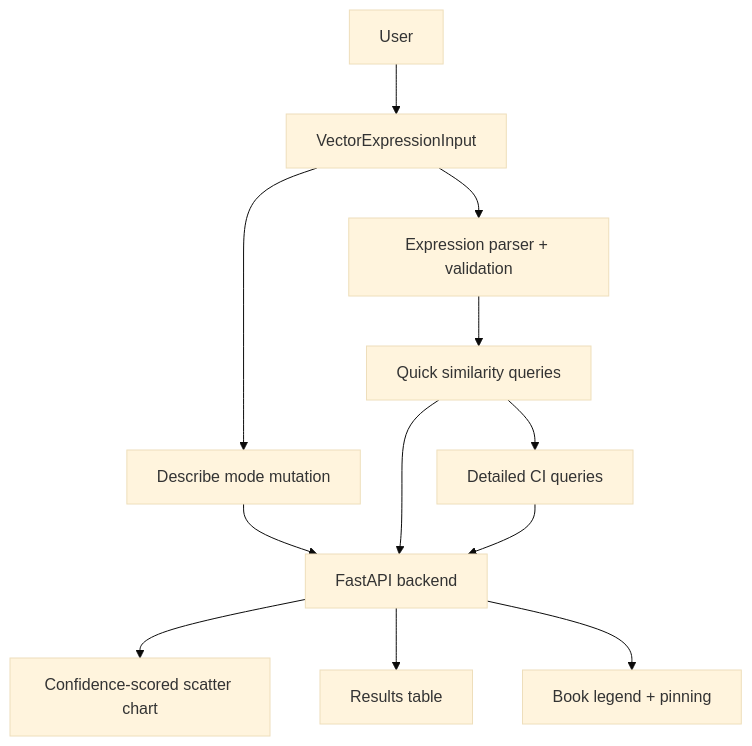
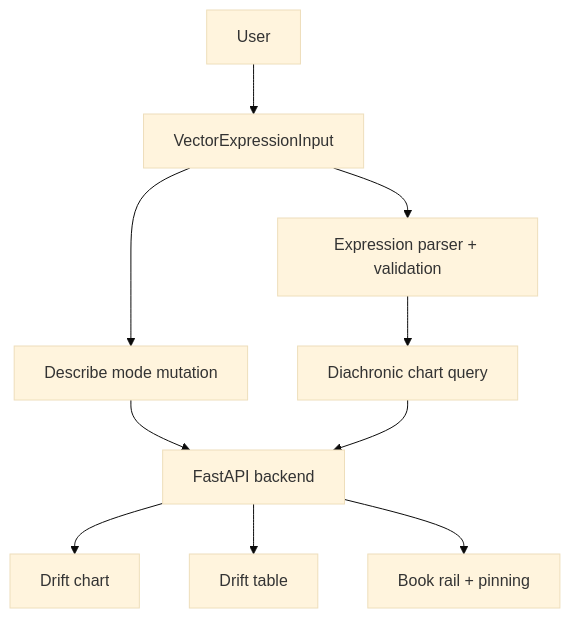
One commit to areebms/comparative-nuance-frontend changed the diagram in README.md. Above: the diagram before and after it, drawn with Mermaid (base theme). The commit also changed other lines of this file and 33 other files, not shown here.

Commit message:
Add DiachronicChart

````diff
--- a/README.md
+++ b/README.md
@@ -91,14 +102,12 @@
 ```mermaid
 flowchart TD
     User[User] --> Input[VectorExpressionInput]
     Input --> Parser[Expression parser + validation]
     Input --> Describe[Describe mode mutation]
-    Parser --> Quick[Quick similarity queries]
+    Parser --> Chart_Q[Diachronic chart query]
     Describe --> API[FastAPI backend]
-    Quick --> API
-    Quick --> Detailed[Detailed CI queries]
-    Detailed --> API
-    API --> Chart[Confidence-scored scatter chart]
-    API --> Table[Results table]
-    API --> Legend[Book legend + pinning]
+    Chart_Q --> API
+    API --> Chart[Drift chart]
+    API --> Table[Drift table]
+    API --> Rail[Book rail + pinning]
 ```
````
